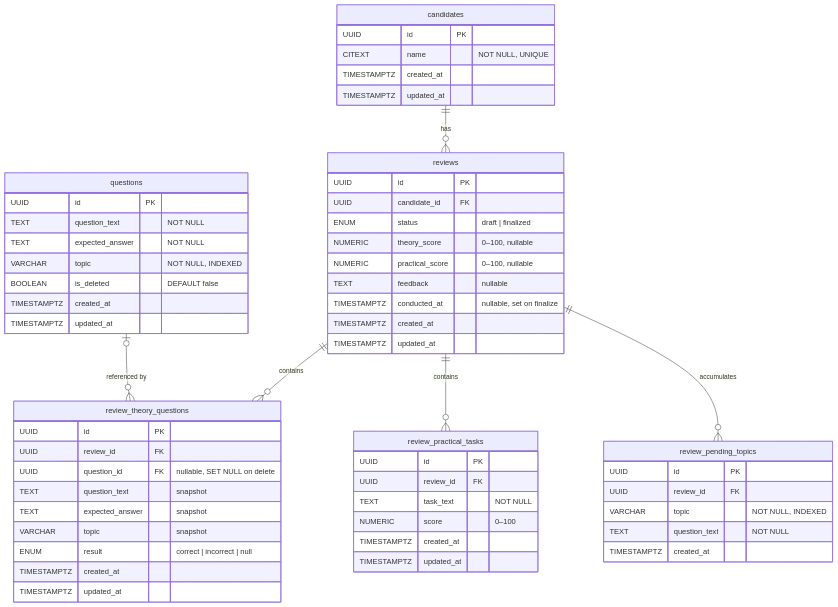
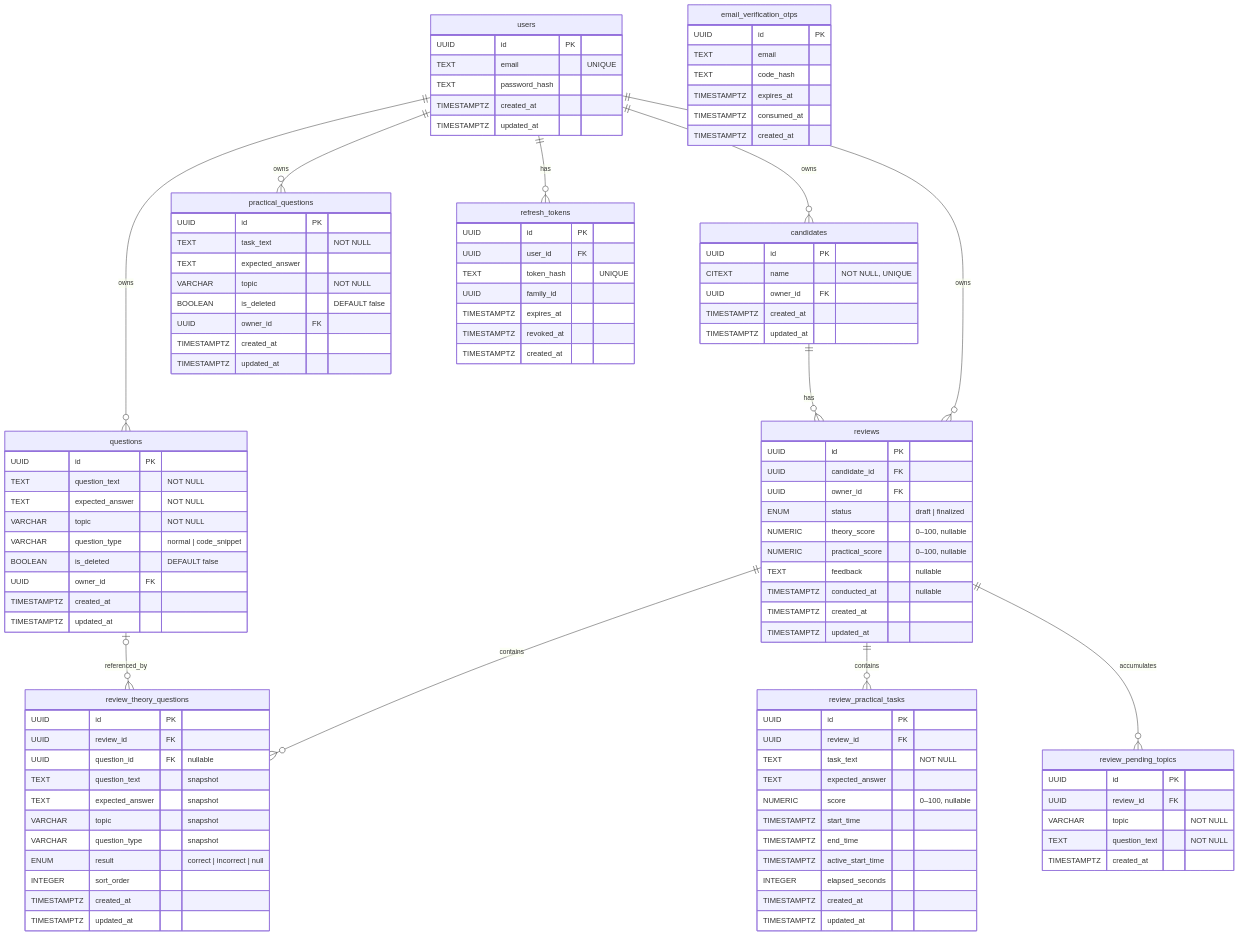
Before and after one commit to fayizshukoor/Interview-Tracker: the diagram in database/er-diagram.md, drawn with Mermaid. The commit also changed other lines of this file and 7 other files, not shown here.

````diff
--- a/database/er-diagram.md
+++ b/database/er-diagram.md
@@ -3,85 +3,122 @@
 ```mermaid
 erDiagram
-
-    %% =========================================================
-    %% ENTITIES
-    %% =========================================================
+    users {
+        UUID id PK
+        TEXT email "UNIQUE"
+        TEXT password_hash
+        TIMESTAMPTZ created_at
+        TIMESTAMPTZ updated_at
+    }
 
     candidates {
-        UUID        id              PK
-        CITEXT      name            "NOT NULL, UNIQUE"
+        UUID id PK
+        CITEXT name "NOT NULL, UNIQUE"
+        UUID owner_id FK
         TIMESTAMPTZ created_at
         TIMESTAMPTZ updated_at
     }
 
     questions {
-        UUID        id              PK
-        TEXT        question_text   "NOT NULL"
-        TEXT        expected_answer "NOT NULL"
-        VARCHAR     topic           "NOT NULL, INDEXED"
-        BOOLEAN     is_deleted      "DEFAULT false"
+        UUID id PK
+        TEXT question_text "NOT NULL"
+        TEXT expected_answer "NOT NULL"
+        VARCHAR topic "NOT NULL"
+        VARCHAR question_type "normal | code_snippet"
+        BOOLEAN is_deleted "DEFAULT false"
+        UUID owner_id FK
+        TIMESTAMPTZ created_at
+        TIMESTAMPTZ updated_at
+    }
+
+    practical_questions {
+        UUID id PK
+        TEXT task_text "NOT NULL"
+        TEXT expected_answer
+        VARCHAR topic "NOT NULL"
+        BOOLEAN is_deleted "DEFAULT false"
+        UUID owner_id FK
         TIMESTAMPTZ created_at
         TIMESTAMPTZ updated_at
     }
 
     reviews {
-        UUID        id              PK
-        UUID        candidate_id    FK
-        ENUM        status          "draft | finalized"
-        NUMERIC     theory_score    "0–100, nullable"
-        NUMERIC     practical_score "0–100, nullable"
-        TEXT        feedback        "nullable"
-        TIMESTAMPTZ conducted_at    "nullable, set on finalize"
+        UUID id PK
+        UUID candidate_id FK
+        UUID owner_id FK
+        ENUM status "draft | finalized"
+        NUMERIC theory_score "0–100, nullable"
+        NUMERIC practical_score "0–100, nullable"
+        TEXT feedback "nullable"
+        TIMESTAMPTZ conducted_at "nullable"
         TIMESTAMPTZ created_at
         TIMESTAMPTZ updated_at
     }
 
     review_theory_questions {
-        UUID        id              PK
-        UUID        review_id       FK
-        UUID        question_id     FK "nullable, SET NULL on delete"
-        TEXT        question_text   "snapshot"
-        TEXT        expected_answer "snapshot"
-        VARCHAR     topic           "snapshot"
-        ENUM        result          "correct | incorrect | null"
+        UUID id PK
+        UUID review_id FK
+        UUID question_id FK "nullable"
+        TEXT question_text "snapshot"
+        TEXT expected_answer "snapshot"
+        VARCHAR topic "snapshot"
+        VARCHAR question_type "snapshot"
+        ENUM result "correct | incorrect | null"
+        INTEGER sort_order
         TIMESTAMPTZ created_at
         TIMESTAMPTZ updated_at
     }
 
     review_practical_tasks {
-        UUID        id          PK
-        UUID        review_id   FK
-        TEXT        task_text   "NOT NULL"
-        NUMERIC     score       "0–100"
+        UUID id PK
+        UUID review_id FK
+        TEXT task_text "NOT NULL"
+        TEXT expected_answer
+        NUMERIC score "0–100, nullable"
+        TIMESTAMPTZ start_time
+        TIMESTAMPTZ end_time
+        TIMESTAMPTZ active_start_time
+        INTEGER elapsed_seconds
         TIMESTAMPTZ created_at
         TIMESTAMPTZ updated_at
     }
 
     review_pending_topics {
-        UUID        id            PK
-        UUID        review_id     FK
-        VARCHAR     topic         "NOT NULL, INDEXED"
-        TEXT        question_text "NOT NULL"
+        UUID id PK
+        UUID review_id FK
+        VARCHAR topic "NOT NULL"
+        TEXT question_text "NOT NULL"
         TIMESTAMPTZ created_at
     }
 
-    %% =========================================================
-    %% RELATIONSHIPS
-    %% =========================================================
+    refresh_tokens {
+        UUID id PK
+        UUID user_id FK
+        TEXT token_hash "UNIQUE"
+        UUID family_id
+        TIMESTAMPTZ expires_at
+        TIMESTAMPTZ revoked_at
+        TIMESTAMPTZ created_at
+    }
 
-    %% A candidate can have many reviews; a review belongs to one candidate
-    candidates                ||--o{ reviews                    : "has"
+    email_verification_otps {
+        UUID id PK
+        TEXT email
+        TEXT code_hash
+        TIMESTAMPTZ expires_at
+        TIMESTAMPTZ consumed_at
+        TIMESTAMPTZ created_at
+    }
 
-    %% A review contains many theory questions (selected from the bank)
-    reviews                   ||--o{ review_theory_questions    : "contains"
+    users ||--o{ candidates : owns
+    users ||--o{ questions : owns
+    users ||--o{ practical_questions : owns
+    users ||--o{ reviews : owns
+    users ||--o{ refresh_tokens : has
 
-    %% A review contains many practical tasks
-    reviews                   ||--o{ review_practical_tasks     : "contains"
+    candidates ||--o{ reviews : has
+    reviews ||--o{ review_theory_questions : contains
+    reviews ||--o{ review_practical_tasks : contains
+    reviews ||--o{ review_pending_topics : accumulates
 
-    %% A review accumulates pending topics from incorrect theory answers
-    reviews                   ||--o{ review_pending_topics      : "accumulates"
-
-    %% A question from the bank can be referenced by many review snapshots
-    %% (nullable FK — source question may be soft-deleted after selection)
-    questions                 |o--o{ review_theory_questions    : "referenced by"
+    questions |o--o{ review_theory_questions : referenced_by
 ```
````
